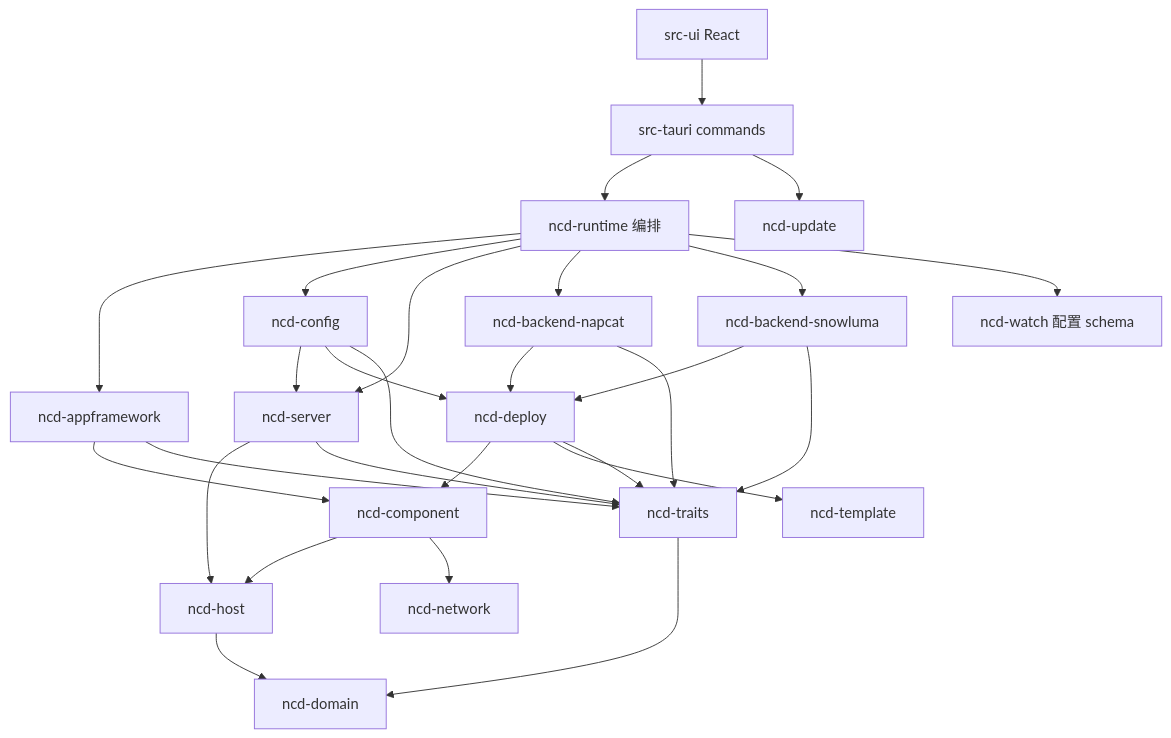
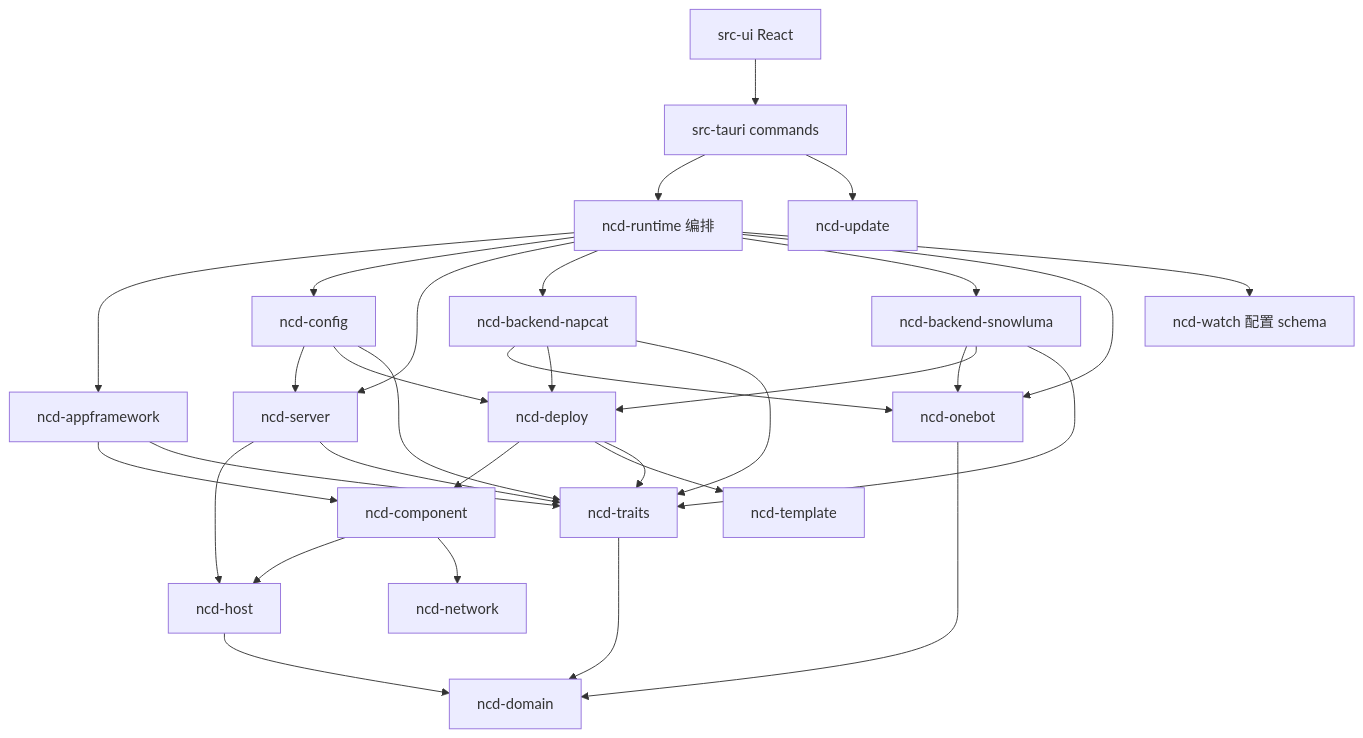
Before and after one commit to NapNeko/NapCatQQ-Desktop: the diagram in docs/context/codemap.md, drawn with Mermaid. The commit also changed other lines of this file and 287 other files, not shown here.

````diff
--- a/docs/context/codemap.md
+++ b/docs/context/codemap.md
@@ -14,30 +14,34 @@
 ```mermaid
 flowchart TB
   UI[src-ui React] --> IPC[src-tauri commands]
   IPC --> RT[ncd-runtime 编排]
   IPC --> UPD[ncd-update]
   RT --> AF[ncd-appframework]
   RT --> CFG[ncd-config]
   RT --> SRV[ncd-server]
   RT --> BN[ncd-backend-napcat]
   RT --> BS[ncd-backend-snowluma]
+  RT --> OB[ncd-onebot]
+  BN --> OB
+  BS --> OB
+  OB --> DOM
   RT --> WATCH[ncd-watch 配置 schema]
   CFG --> SRV
   CFG --> DEP[ncd-deploy]
   BN --> DEP
   BS --> DEP
   AF --> COMP[ncd-component]
   DEP --> COMP
   DEP --> TPL[ncd-template]
   COMP --> HOST[ncd-host]
   COMP --> NET[ncd-network]
   SRV --> HOST
   AF --> TR[ncd-traits]
   SRV --> TR
   CFG --> TR
   BN --> TR
   BS --> TR
   DEP --> TR
   TR --> DOM[ncd-domain]
   HOST --> DOM
 ```
````
